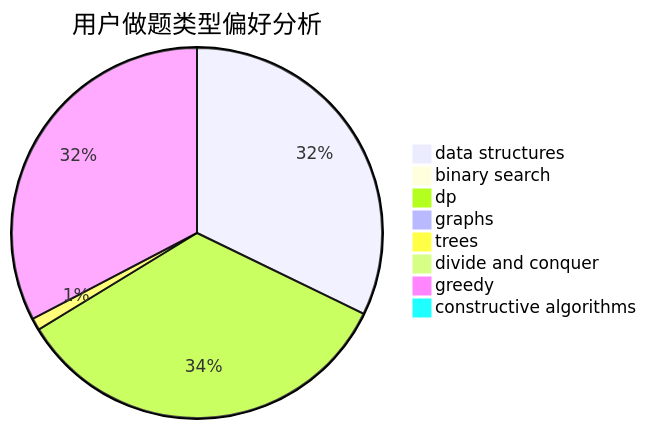
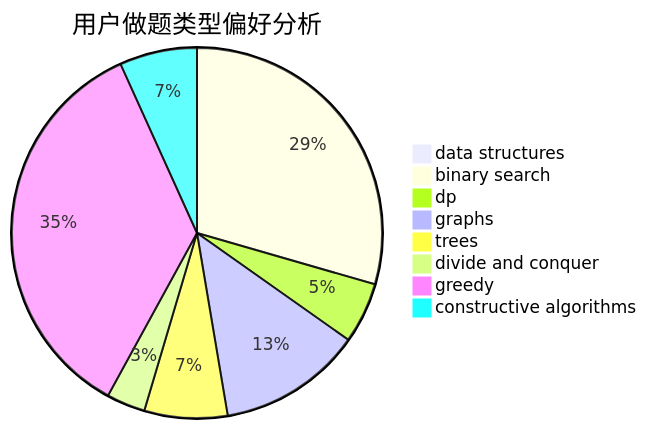
One commit to sherpahu/cfrs.github.io changed the second of 3 diagrams in docs/user/u1114.md. Above: the diagram before and after it, drawn with Mermaid. The commit also changed other lines of this file and 2770 other files, not shown here.

````diff
--- a/docs/user/u1114.md
+++ b/docs/user/u1114.md
@@ -23,11 +23,11 @@
 ```mermaid
 pie title 用户做题类型偏好分析
-    "data structures" :  337
-    "binary search" :  4
-    "dp" :  357
-    "graphs" :  7
-    "trees" :  11
-    "divide and conquer" :  0
-    "greedy" :  342
-    "constructive algorithms" :  5
+    "data structures" :  0
+    "binary search" :  61
+    "dp" :  11
+    "graphs" :  26
+    "trees" :  15
+    "divide and conquer" :  7
+    "greedy" :  73
+    "constructive algorithms" :  14
 ```
````
